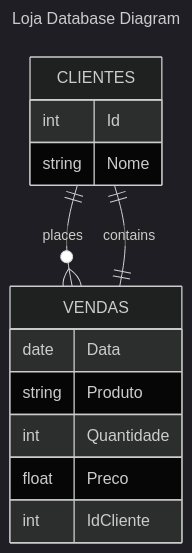
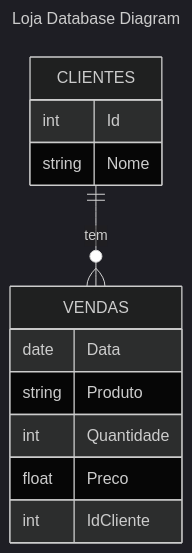
One commit to wellicfaria/egd_ex01 changed the diagram in README.md. Above: the diagram before and after it, drawn with Mermaid (dark theme). The commit also changed 1 other file, not shown here.

````diff
--- a/README.md
+++ b/README.md
@@ -102,20 +102,19 @@
 ```mermaid
 ---
 title: Loja Database Diagram
 ---
 erDiagram
-    CLIENTES ||--o{ VENDAS : places
+    CLIENTES ||--o{ VENDAS : tem
     CLIENTES {
         int Id
         string Nome
     }
-    VENDAS ||--|| CLIENTES : contains
     VENDAS {
         date Data
         string Produto
         int Quantidade
         float Preco
         int IdCliente
     }
 
 ```
````
